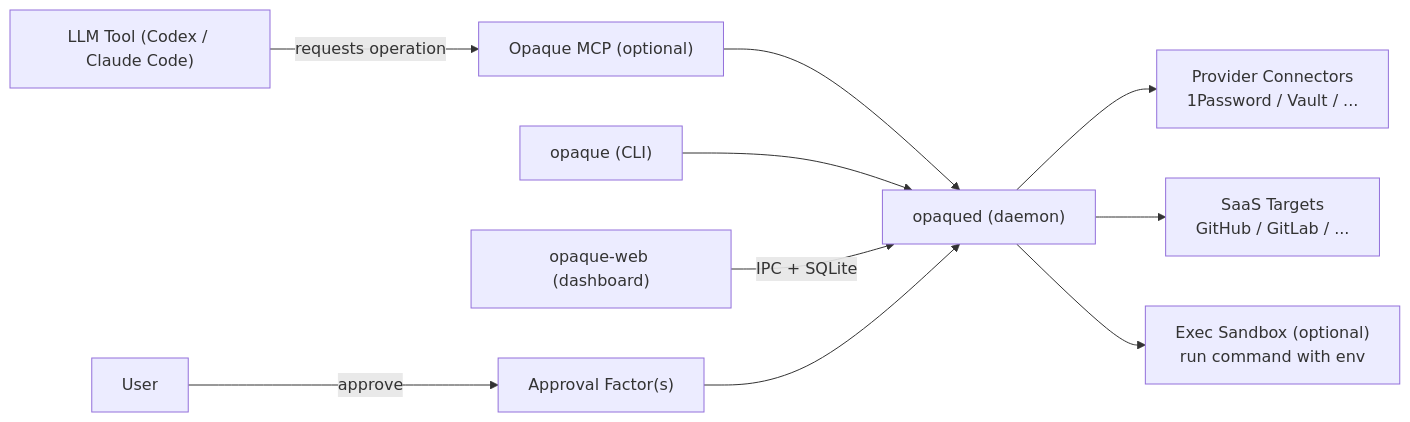
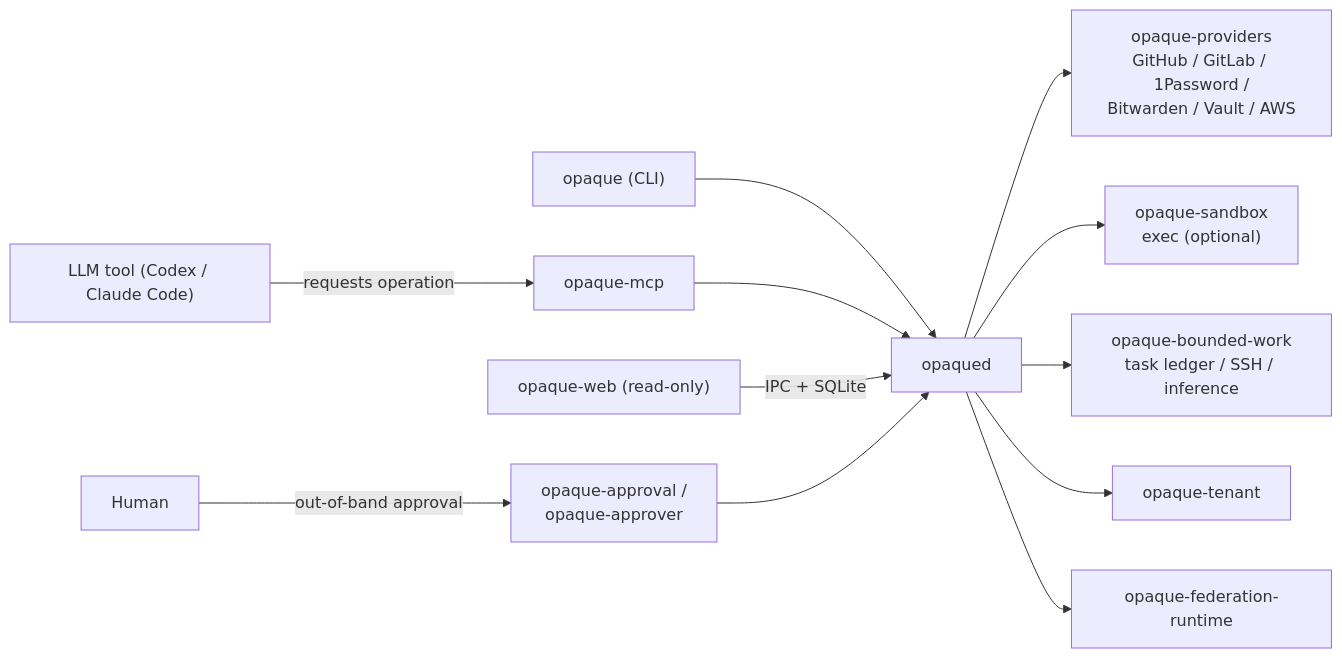
The diagram in docs/architecture.md (kcirtapfromspace/opaque), drawn with Mermaid before and after one commit. The commit also changed other lines of this file and 26 other files, not shown here.

First line of the commit message:
docs: align docs with bounded-work product direction

````diff
--- a/docs/architecture.md
+++ b/docs/architecture.md
@@ -99,13 +71,15 @@
 ```mermaid
 flowchart LR
-  Agent["LLM Tool (Codex / Claude Code)"] -->|requests operation| MCP["Opaque MCP (optional)"]
-  User["User"] -->|approve| Factor["Approval Factor(s)"]
-  MCP --> D["opaqued (daemon)"]
+  Agent["LLM tool (Codex / Claude Code)"] -->|requests operation| MCP["opaque-mcp"]
   CLI["opaque (CLI)"] --> D
-  Web["opaque-web (dashboard)"] -->|IPC + SQLite| D
-  Factor --> D
+  MCP --> D["opaqued"]
+  Web["opaque-web (read-only)"] -->|IPC + SQLite| D
+  Human["Human"] -->|out-of-band approval| Approval["opaque-approval /<br/>opaque-approver"]
+  Approval --> D
 
-  D --> P["Provider Connectors<br/>1Password / Vault / ..."]
-  D --> S["SaaS Targets<br/>GitHub / GitLab / ..."]
-  D --> X["Exec Sandbox (optional)<br/>run command with env"]
+  D --> Providers["opaque-providers<br/>GitHub / GitLab / 1Password /<br/>Bitwarden / Vault / AWS"]
+  D --> Sandbox["opaque-sandbox<br/>exec (optional)"]
+  D --> BoundedWork["opaque-bounded-work<br/>task ledger / SSH / inference"]
+  D --> Tenant["opaque-tenant"]
+  D --> Federation["opaque-federation-runtime"]
 ```
````
